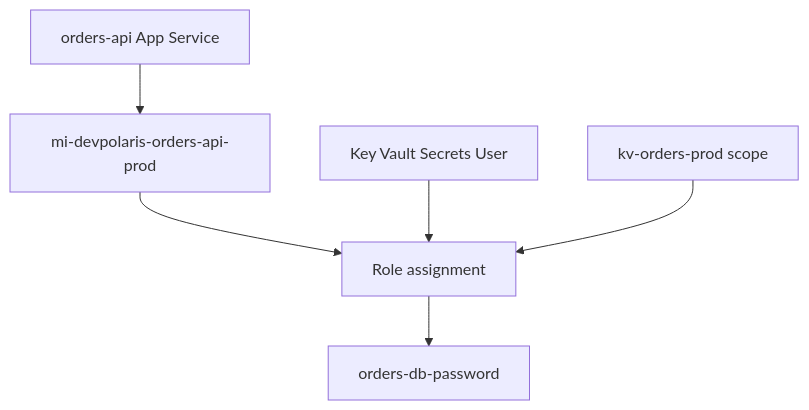
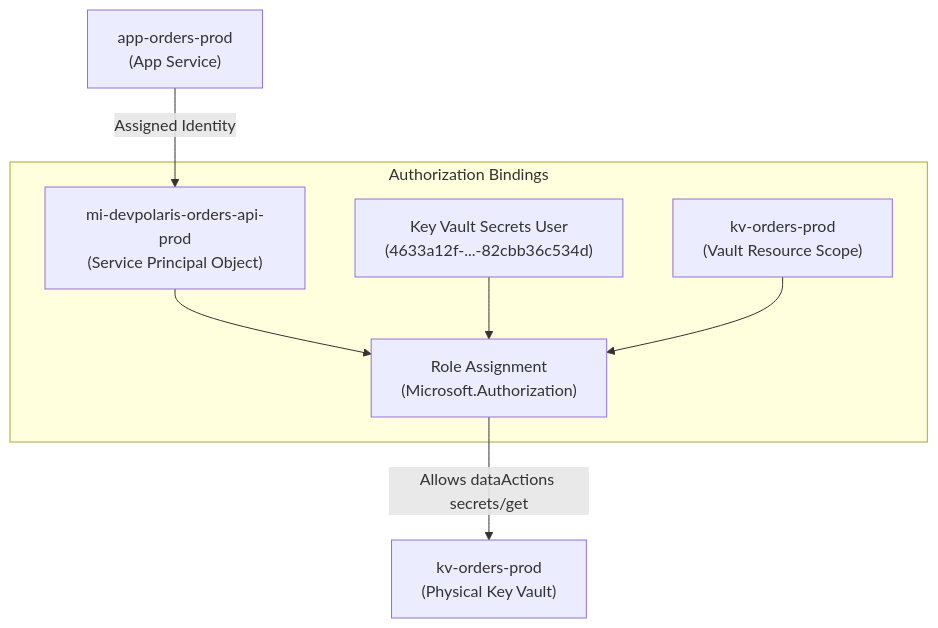
The second of 2 diagrams in cloud-providers/azure/identity-security/what-is-azure-rbac.md (senlinyy/dev-roadmaps), drawn with Mermaid before and after one commit. The commit also changed other lines of this file and 142 other files, not shown here.

````diff
--- a/cloud-providers/azure/identity-security/what-is-azure-rbac.md
+++ b/cloud-providers/azure/identity-security/what-is-azure-rbac.md
@@ -274,8 +277,12 @@
 ```mermaid
 flowchart TB
-    App["orders-api App Service"] --> Identity["mi-devpolaris-orders-api-prod"]
-    Identity --> Assignment["Role assignment"]
-    Role["Key Vault Secrets User"] --> Assignment
-    Scope["kv-orders-prod scope"] --> Assignment
-    Assignment --> Secret["orders-db-password"]
+    App["app-orders-prod<br/>(App Service)"] --> |Assigned Identity| Identity["mi-devpolaris-orders-api-prod<br/>(Service Principal Object)"]
+    
+    subgraph Authorization Bindings
+        Identity --> Assignment["Role Assignment<br/>(Microsoft.Authorization)"]
+        Role["Key Vault Secrets User<br/>(4633a12f-...-82cbb36c534d)"] --> Assignment
+        Scope["kv-orders-prod<br/>(Vault Resource Scope)"] --> Assignment
+    end
+    
+    Assignment --> |Allows dataActions secrets/get| Vault["kv-orders-prod<br/>(Physical Key Vault)"]
 ```
````
